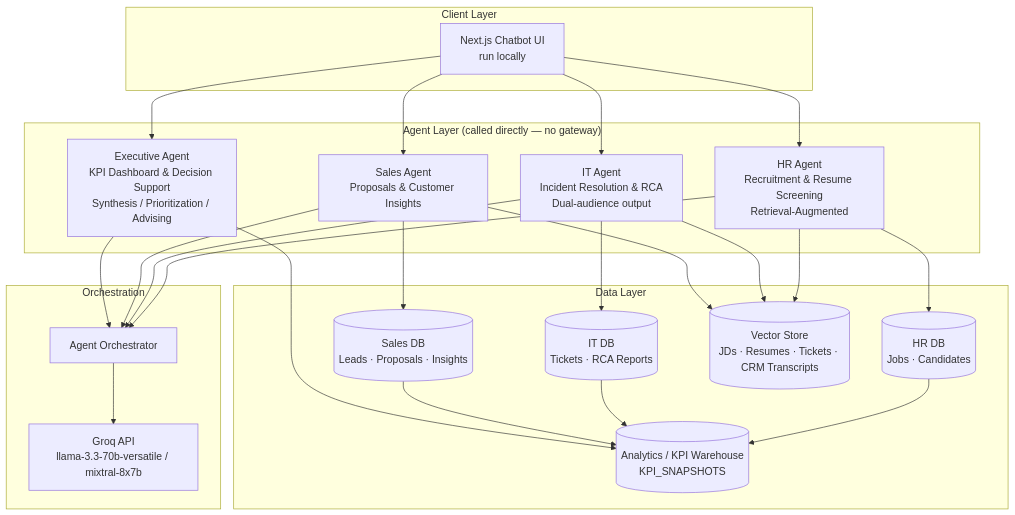
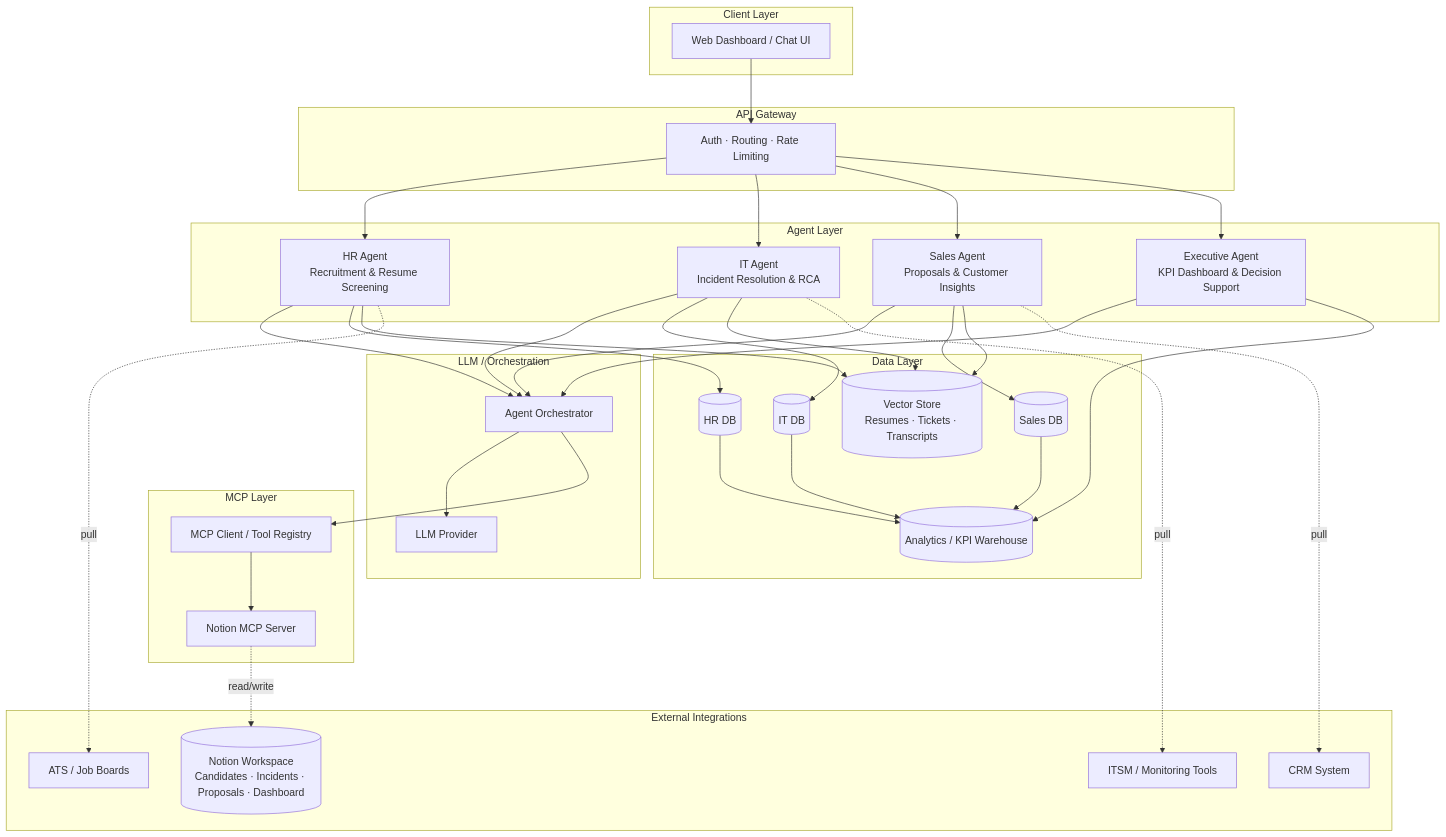
One commit to HarshSinha-1/Multi_agent_orchestration_purposive changed the first of 7 diagrams in README.md. Above: the diagram before and after it, drawn with Mermaid. The commit also changed other lines of this file, not shown here.

````diff
--- a/README.md
+++ b/README.md
@@ -26,47 +22,70 @@
 ```mermaid
 flowchart TB
     subgraph Client["Client Layer"]
-        UI[Next.js Chatbot UI<br/>run locally]
+        UI[Web Dashboard / Chat UI]
     end
 
-    subgraph Agents["Agent Layer (called directly — no gateway)"]
-        HR[HR Agent<br/>Recruitment & Resume Screening<br/>Retrieval-Augmented]
-        IT[IT Agent<br/>Incident Resolution & RCA<br/>Dual-audience output]
-        SALES[Sales Agent<br/>Proposals & Customer Insights]
-        EXEC[Executive Agent<br/>KPI Dashboard & Decision Support<br/>Synthesis / Prioritization / Advising]
+    subgraph Gateway["API Gateway"]
+        GW[Auth · Routing · Rate Limiting]
     end
 
-    subgraph Orch["Orchestration"]
+    subgraph Agents["Agent Layer"]
+        HR[HR Agent<br/>Recruitment & Resume Screening]
+        IT[IT Agent<br/>Incident Resolution & RCA]
+        SALES[Sales Agent<br/>Proposals & Customer Insights]
+        EXEC[Executive Agent<br/>KPI Dashboard & Decision Support]
+    end
+
+    subgraph LLM["LLM / Orchestration"]
         ORCH[Agent Orchestrator]
-        GROQ[Groq API<br/>llama-3.3-70b-versatile / mixtral-8x7b]
+        MODEL[LLM Provider]
+    end
+
+    subgraph MCP["MCP Layer"]
+        MCPCLIENT[MCP Client / Tool Registry]
+        NOTION[Notion MCP Server]
     end
 
     subgraph Data["Data Layer"]
-        HRDB[(HR DB<br/>Jobs · Candidates)]
-        ITDB[(IT DB<br/>Tickets · RCA Reports)]
-        SALESDB[(Sales DB<br/>Leads · Proposals · Insights)]
-        ANALYTICS[(Analytics / KPI Warehouse<br/>KPI_SNAPSHOTS)]
-        VSTORE[(Vector Store<br/>JDs · Resumes · Tickets · CRM Transcripts)]
+        HRDB[(HR DB)]
+        ITDB[(IT DB)]
+        SALESDB[(Sales DB)]
+        ANALYTICS[(Analytics / KPI Warehouse)]
+        VSTORE[(Vector Store<br/>Resumes · Tickets · Transcripts)]
     end
 
-    UI --> HR & IT & SALES & EXEC
+    subgraph Ext["External Integrations"]
+        ATS[ATS / Job Boards]
+        ITSM[ITSM / Monitoring Tools]
+        CRM[CRM System]
+        NOTIONWS[(Notion Workspace<br/>Candidates · Incidents · Proposals · Dashboard)]
+    end
+
+    UI --> GW
+    GW --> HR & IT & SALES & EXEC
     HR --> ORCH
     IT --> ORCH
     SALES --> ORCH
     EXEC --> ORCH
-    ORCH --> GROQ
+    ORCH --> MODEL
+    ORCH --> MCPCLIENT
+    MCPCLIENT --> NOTION
+    NOTION -.read/write.-> NOTIONWS
 
     HR --> HRDB
     HR --> VSTORE
+    HR -.pull.-> ATS
 
     IT --> ITDB
     IT --> VSTORE
+    IT -.pull.-> ITSM
 
     SALES --> SALESDB
     SALES --> VSTORE
+    SALES -.pull.-> CRM
 
     HRDB --> ANALYTICS
     ITDB --> ANALYTICS
     SALESDB --> ANALYTICS
     EXEC --> ANALYTICS
 ```
````
